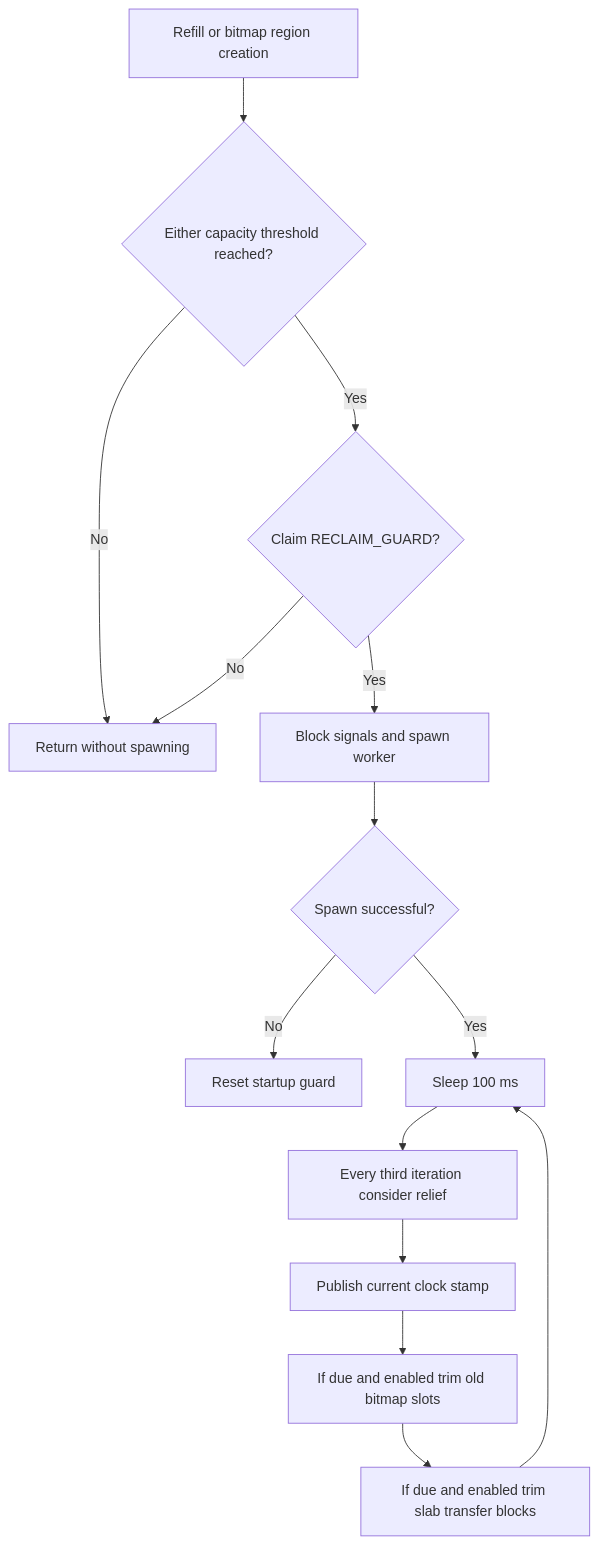
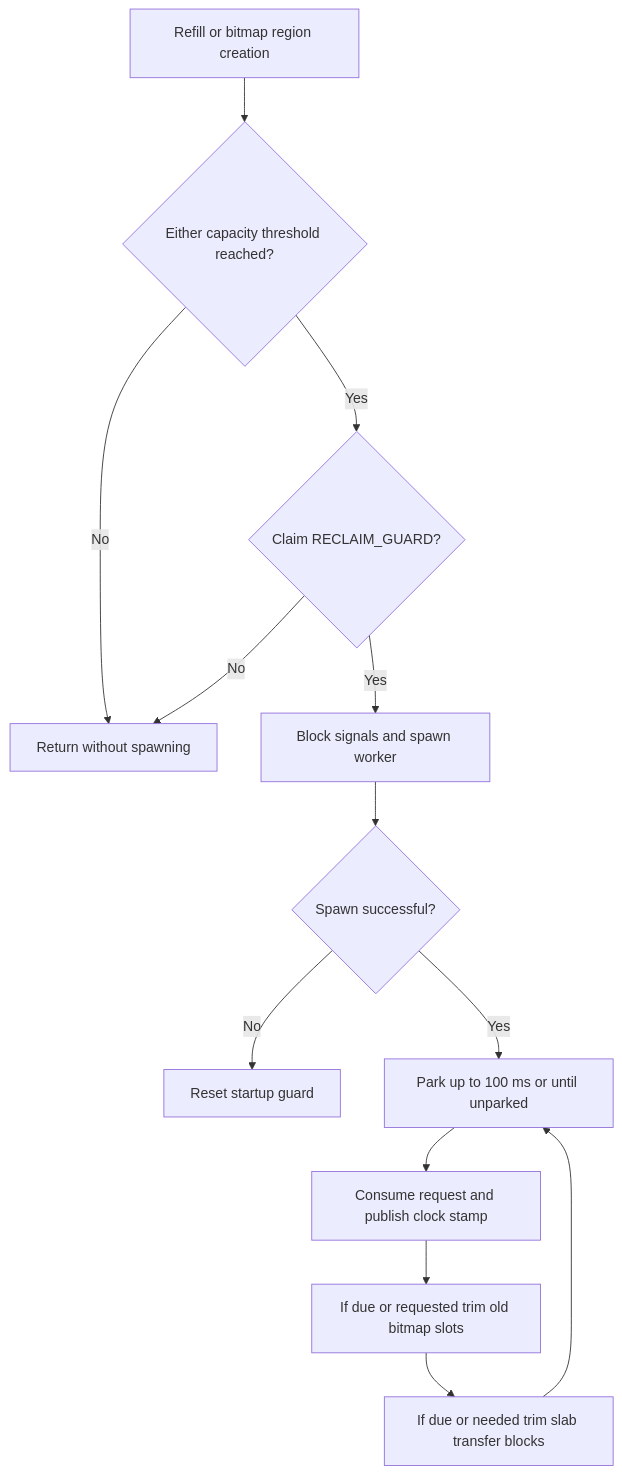
The first of 2 diagrams in book/src/architecture-reclamation.md (Metehan120/rsmalloc), drawn with Mermaid before and after one commit. The commit also changed other lines of this file and 34 other files, not shown here.

Commit message:
use atomic slab links and remove memory-pressure relief

````diff
--- a/book/src/architecture-reclamation.md
+++ b/book/src/architecture-reclamation.md
@@ -93,16 +96,15 @@
 ```mermaid
 flowchart TD
     Supply[Refill or bitmap region creation] --> Gate{Either capacity threshold reached?}
     Gate -- No --> Return[Return without spawning]
     Gate -- Yes --> Claim{Claim RECLAIM_GUARD?}
     Claim -- No --> Return
     Claim -- Yes --> Spawn[Block signals and spawn worker]
     Spawn --> Started{Spawn successful?}
     Started -- No --> Reset[Reset startup guard]
-    Started -- Yes --> Sleep[Sleep 100 ms]
-    Sleep --> Relief[Every third iteration consider relief]
-    Relief --> Clock[Publish current clock stamp]
-    Clock --> Bitmap[If due and enabled trim old bitmap slots]
-    Bitmap --> Slab[If due and enabled trim slab transfer blocks]
-    Slab --> Sleep
+    Started -- Yes --> Park[Park up to 100 ms or until unparked]
+    Park --> Clock[Consume request and publish clock stamp]
+    Clock --> Bitmap[If due or requested trim old bitmap slots]
+    Bitmap --> Slab[If due or needed trim slab transfer blocks]
+    Slab --> Park
 ```
````
